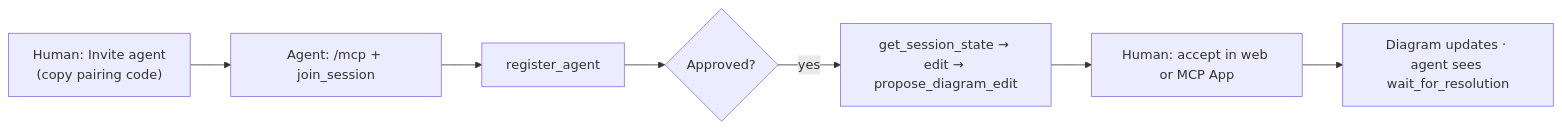
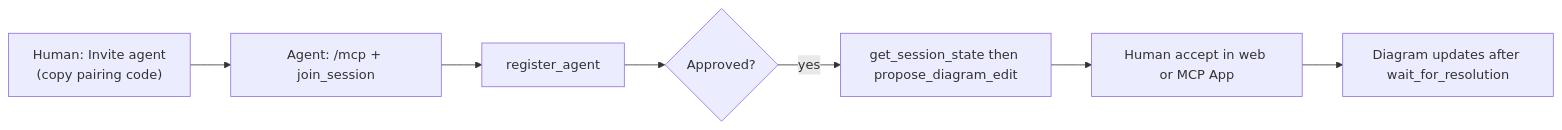
One commit to acuhlmann/mermaid-gen changed the ninth of 9 diagrams in README.md. Above: the diagram before and after it, drawn with Mermaid. The commit also changed other lines of this file, not shown here.

First line of the commit message:
Refine README.md documentation for flowcharts and session handling

````diff
--- a/README.md
+++ b/README.md
@@ -323,9 +321,9 @@
 ```mermaid
 flowchart LR
   H["Human: Invite agent\n(copy pairing code)"] --> A["Agent: /mcp + join_session"]
   A --> R["register_agent"]
   R --> OK{"Approved?"}
-  OK -->|yes| W["get_session_state → edit → propose_diagram_edit"]
-  W --> U["Human: accept in web or MCP App"]
-  U --> D["Diagram updates · agent sees wait_for_resolution"]
+  OK -->|yes| W["get_session_state then propose_diagram_edit"]
+  W --> U["Human accept in web or MCP App"]
+  U --> D["Diagram updates after wait_for_resolution"]
 ```
````
